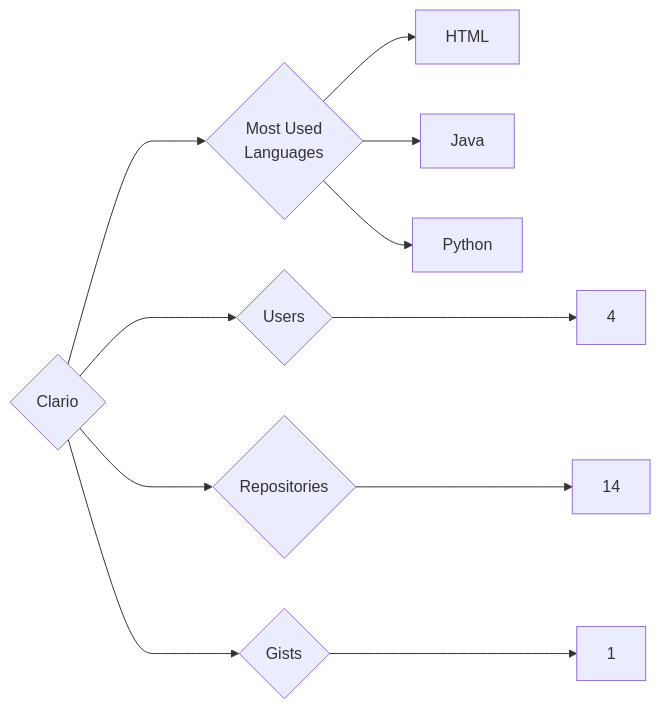
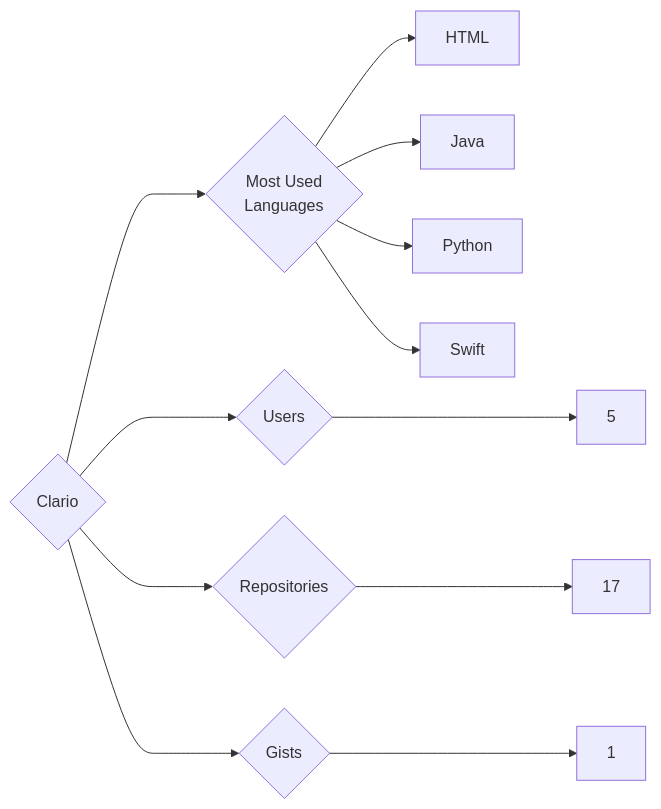
Before and after one commit to trickest/insiders: the diagram in targets/Clario/README.md, drawn with Mermaid. The commit also changed 933 other files, not shown here.

````diff
--- a/targets/Clario/README.md
+++ b/targets/Clario/README.md
@@ -3,11 +3,12 @@
 ```mermaid
 graph LR
 COMPANY_NAME{Clario}
-COMPANY_NAME ---> U{Users} ---> UN[4]
-COMPANY_NAME ---> R{Repositories} ---> RN[14]
+COMPANY_NAME ---> U{Users} ---> UN[5]
+COMPANY_NAME ---> R{Repositories} ---> RN[17]
 COMPANY_NAME ---> G{Gists} ---> GN[1]
 COMPANY_NAME ---> ML{Most Used<br>Languages}
 ML --> HTML[HTML]
 ML --> Java[Java]
 ML --> Python[Python]
+ML --> Swift[Swift]
 ```
````
